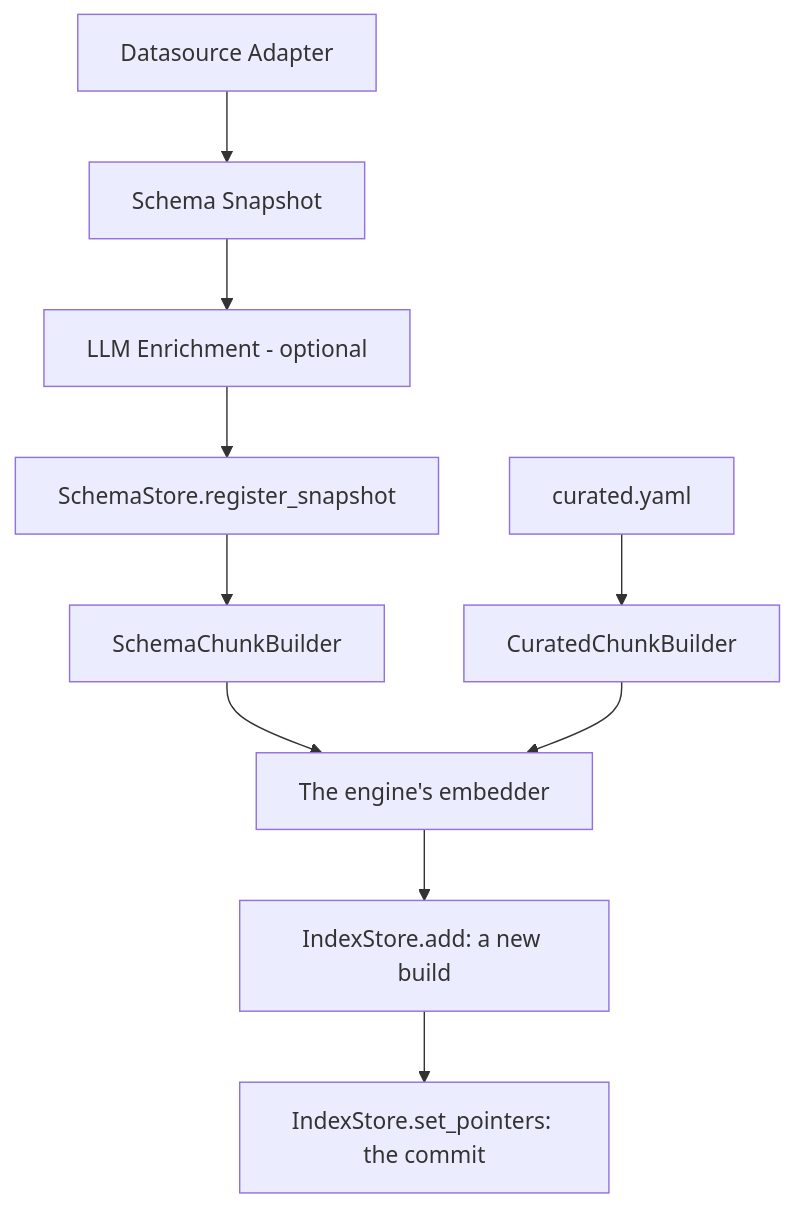
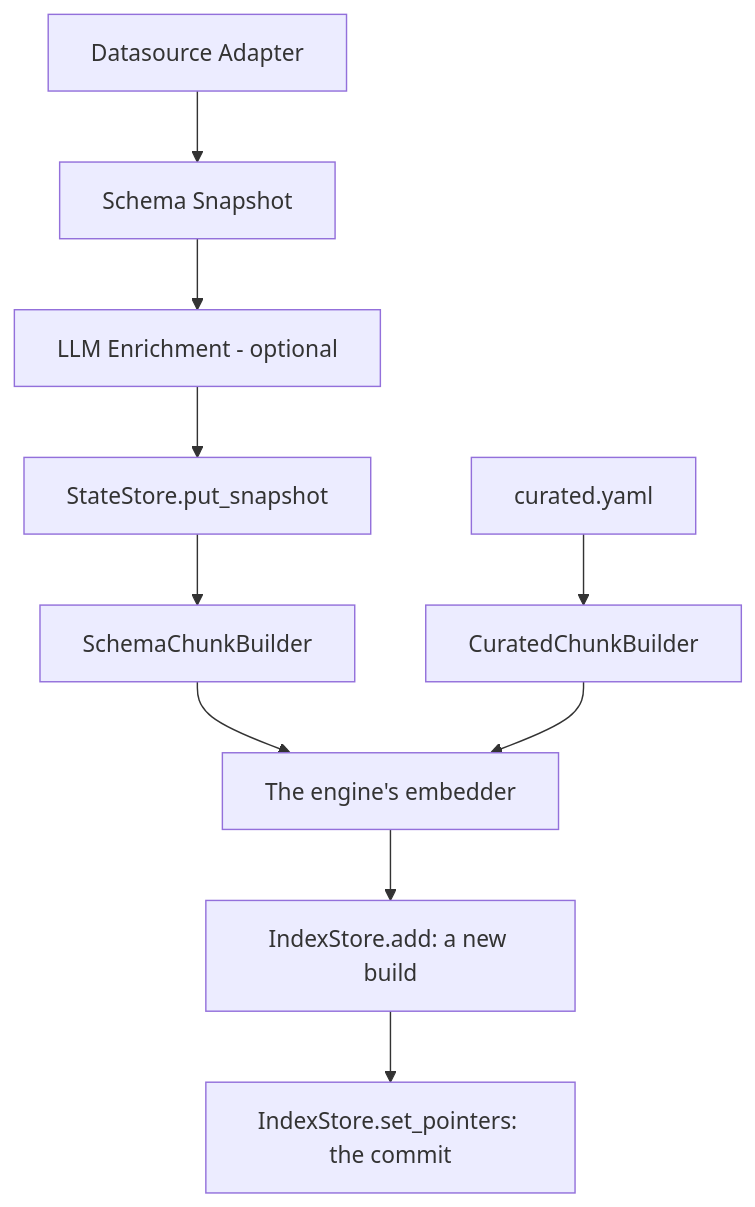
One commit to nadeem4/nl2sql changed the first of 3 diagrams in docs/architecture/indexing.md. Above: the diagram before and after it, drawn with Mermaid. The commit also changed other lines of this file and 78 other files, not shown here.

````diff
--- a/docs/architecture/indexing.md
+++ b/docs/architecture/indexing.md
@@ -7,12 +7,12 @@
 ```mermaid
 flowchart TD
     Adapter[Datasource Adapter] --> Snapshot[Schema Snapshot]
     Snapshot --> Enrich[LLM Enrichment - optional]
-    Enrich --> Register[SchemaStore.register_snapshot]
+    Enrich --> Register[StateStore.put_snapshot]
     Register --> Chunker[SchemaChunkBuilder]
     Curated[curated.yaml] --> CChunker[CuratedChunkBuilder]
     Chunker --> Embed[The engine's embedder]
     CChunker --> Embed
     Embed --> Add[IndexStore.add: a new build]
     Add --> Switch[IndexStore.set_pointers: the commit]
 ```
````
